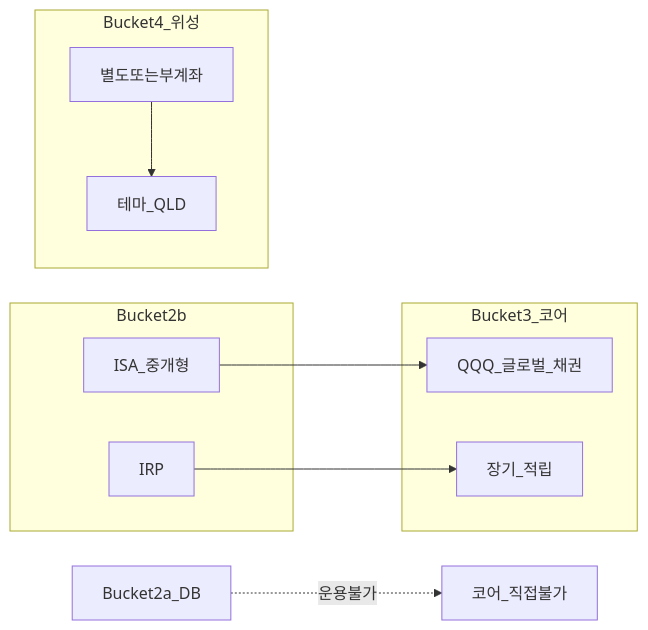
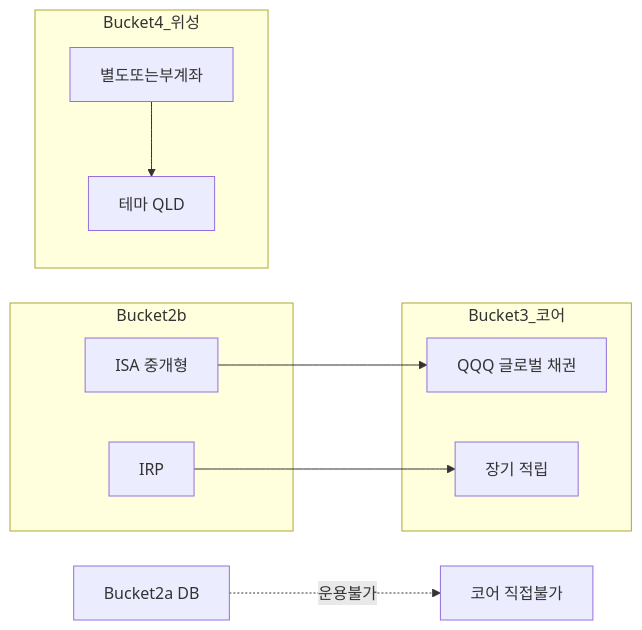
One commit to goldanghenry/Finances changed the second of 2 diagrams in 04-portfolio/core-satellite-framework.md. Above: the diagram before and after it, drawn with Mermaid. The commit also changed other lines of this file and 211 other files, not shown here.

````diff
--- a/04-portfolio/core-satellite-framework.md
+++ b/04-portfolio/core-satellite-framework.md
@@ -119,15 +117,15 @@
 ```mermaid
 flowchart LR
   subgraph b2b [Bucket2b]
-    ISA[ISA_중개형]
+    ISA["ISA 중개형"]
     IRP[IRP]
   end
   subgraph b3 [Bucket3_코어]
-    ISA --> C1[QQQ_글로벌_채권]
-    IRP --> C2[장기_적립]
+    ISA --> C1["QQQ 글로벌 채권"]
+    IRP --> C2["장기 적립"]
   end
   subgraph b4 [Bucket4_위성]
-    ISA2[별도또는부계좌] --> S1[테마_QLD]
+    ISA2[별도또는부계좌] --> S1["테마 QLD"]
   end
-  DB[Bucket2a_DB] -.->|운용불가| X[코어_직접불가]
+  DB["Bucket2a DB"] -.->|운용불가| X["코어 직접불가"]
 ```
````
